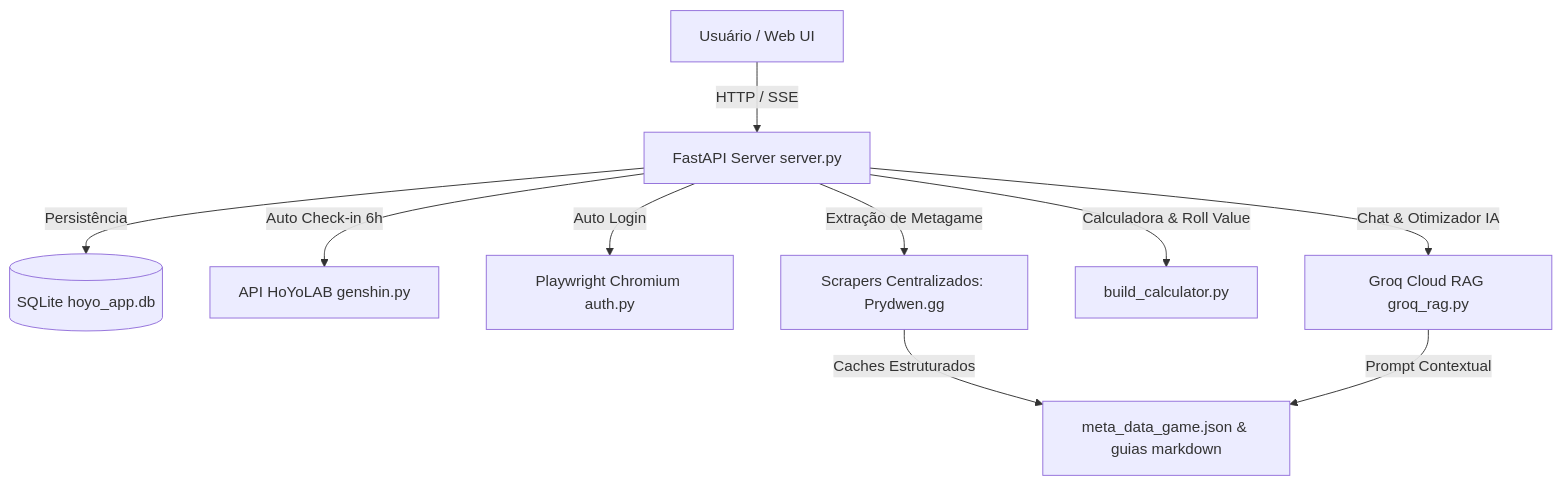
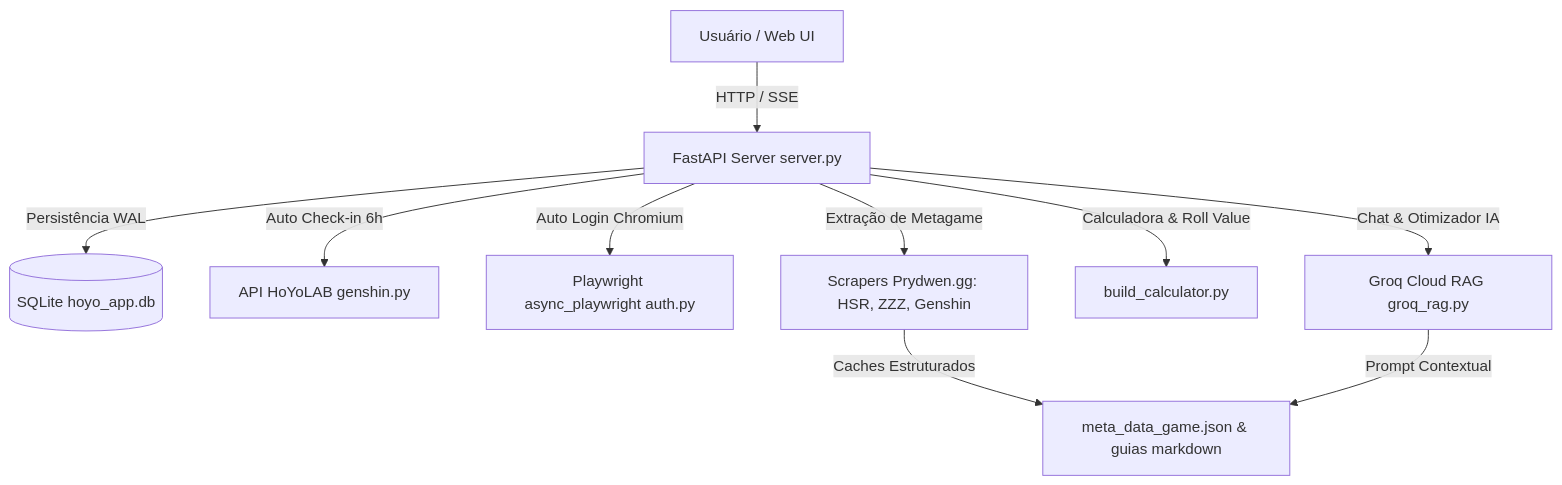
Before and after one commit to Lacas0010/Cabeca_de_Droid: the diagram in README.md, drawn with Mermaid. The commit also changed other lines of this file and 7 other files, not shown here.

````diff
--- a/README.md
+++ b/README.md
@@ -44,12 +47,12 @@
 ```mermaid
 graph TD
     A[Usuário / Web UI] -->|HTTP / SSE| B[FastAPI Server server.py]
-    B -->|Persistência| C[(SQLite hoyo_app.db)]
+    B -->|Persistência WAL| C[(SQLite hoyo_app.db)]
     B -->|Auto Check-in 6h| D[API HoYoLAB genshin.py]
-    B -->|Auto Login| E[Playwright Chromium auth.py]
-    B -->|Extração de Metagame| F[Scrapers Centralizados: Prydwen.gg]
+    B -->|Auto Login Chromium| E[Playwright async_playwright auth.py]
+    B -->|Extração de Metagame| F[Scrapers Prydwen.gg: HSR, ZZZ, Genshin]
     B -->|Calculadora & Roll Value| G[build_calculator.py]
     B -->|Chat & Otimizador IA| H[Groq Cloud RAG groq_rag.py]
     F -->|Caches Estruturados| I[meta_data_game.json & guias markdown]
     H -->|Prompt Contextual| I
 ```
````
